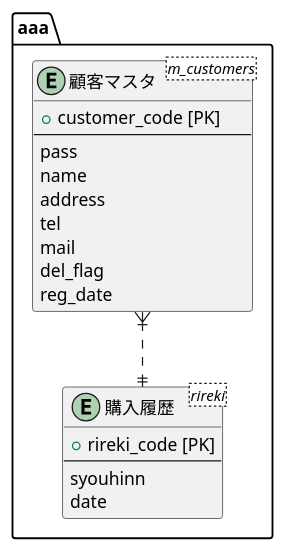
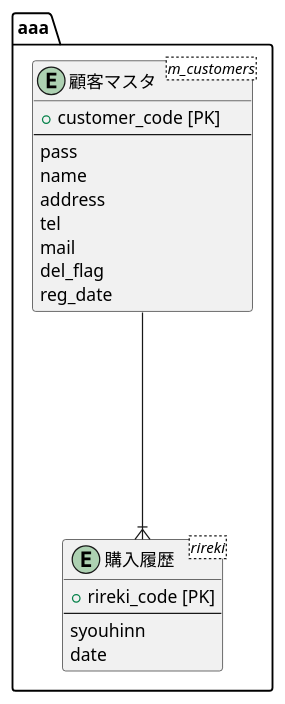
Before and after one commit to aso2001036/2021sys-design: the diagram in ER.md, drawn with PlantUML.

````diff
--- a/ER.md
+++ b/ER.md
@@ -1,24 +1,24 @@
 ```puml
 @startuml
 package "aaa" as target_system{
 entity "顧客マスタ" as customer <m_customers> {
 + customer_code [PK]
 --
 pass
 name
 address
 tel
 mail
 del_flag
 reg_date
 }
 entity "購入履歴" as rireki <rireki> {
 + rireki_code [PK]
 --
 syouhinn
 date
 }
 }
-customer }|..|| rireki
+customer ----|{ rireki
 @enduml
 ```
````
